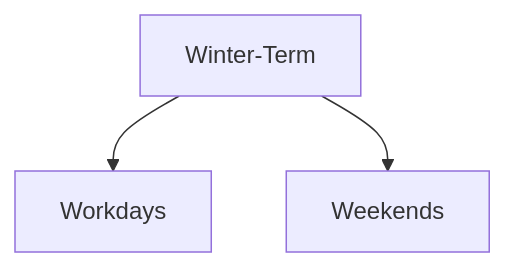
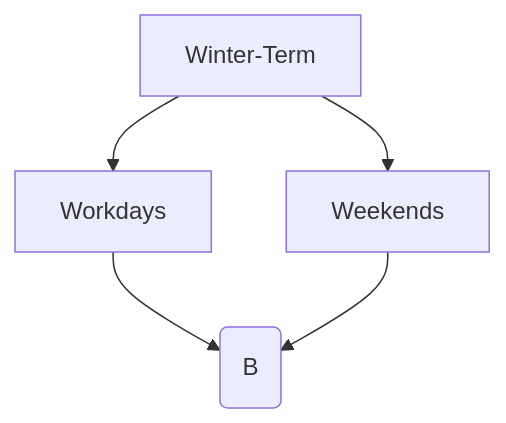
The diagram in README.md (hajri94/Predictive-Model-for-Heat-Load-in-Buildings-Connected-to-District-Heating-Network), drawn with Mermaid before and after one commit.

````diff
--- a/README.md
+++ b/README.md
@@ -71,5 +71,7 @@
 ```mermaid
 graph TD;
     Winter-Term-->Workdays;
     Winter-Term-->Weekends;    
+    Workdays-->Model-(A);
+    Weekends-->Model-(B);
 ```
````
